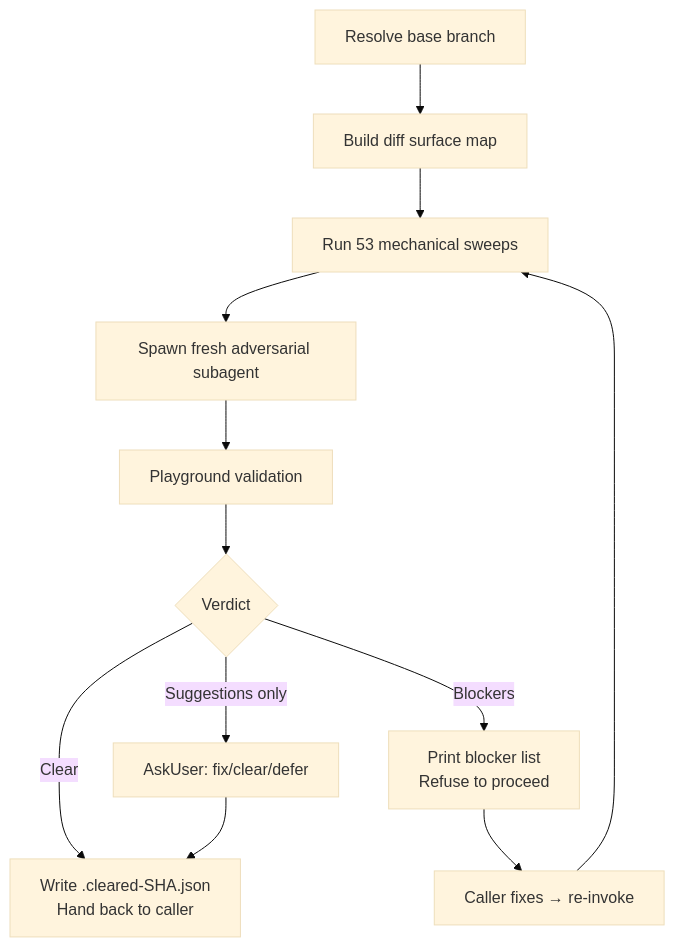
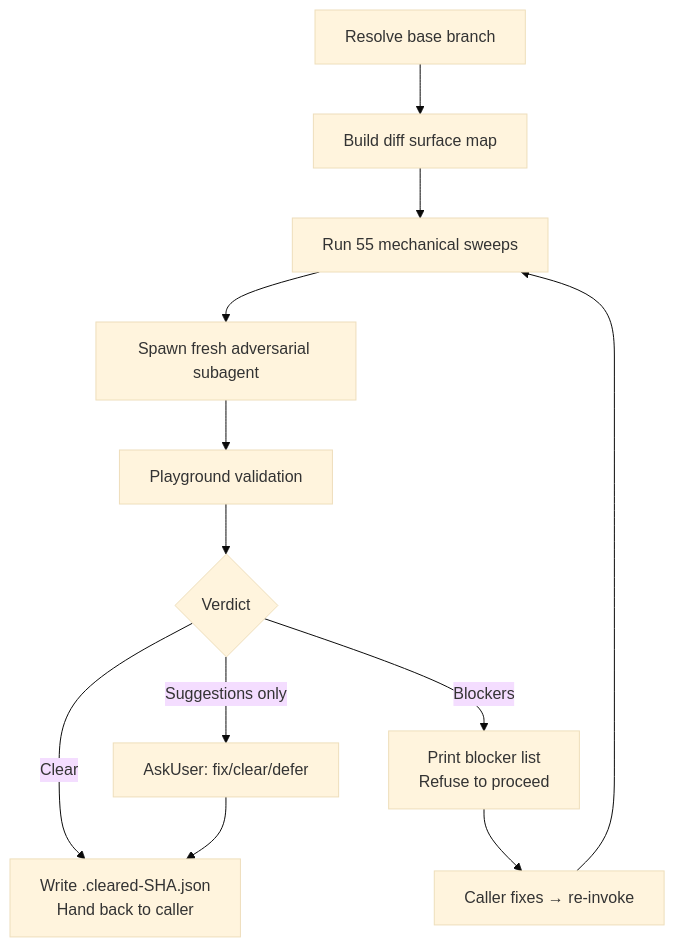
The diagram in skills/adversarial-review/README.md (whizzzkid/skills), drawn with Mermaid (base theme) before and after one commit. The commit also changed other lines of this file and 29 other files, not shown here.

````diff
--- a/skills/adversarial-review/README.md
+++ b/skills/adversarial-review/README.md
@@ -16,14 +16,14 @@
 ```mermaid
 flowchart TD
     A[Resolve base branch] --> B[Build diff surface map]
-    B --> C[Run 53 mechanical sweeps]
+    B --> C[Run 55 mechanical sweeps]
     C --> D[Spawn fresh adversarial subagent]
     D --> E[Playground validation]
     E --> F{Verdict}
     F -->|Clear| G[Write .cleared-SHA.json<br/>Hand back to caller]
     F -->|Blockers| H[Print blocker list<br/>Refuse to proceed]
     F -->|Suggestions only| I[AskUser: fix/clear/defer]
     H --> J[Caller fixes → re-invoke]
     J --> C
     I --> G
 ```
````
